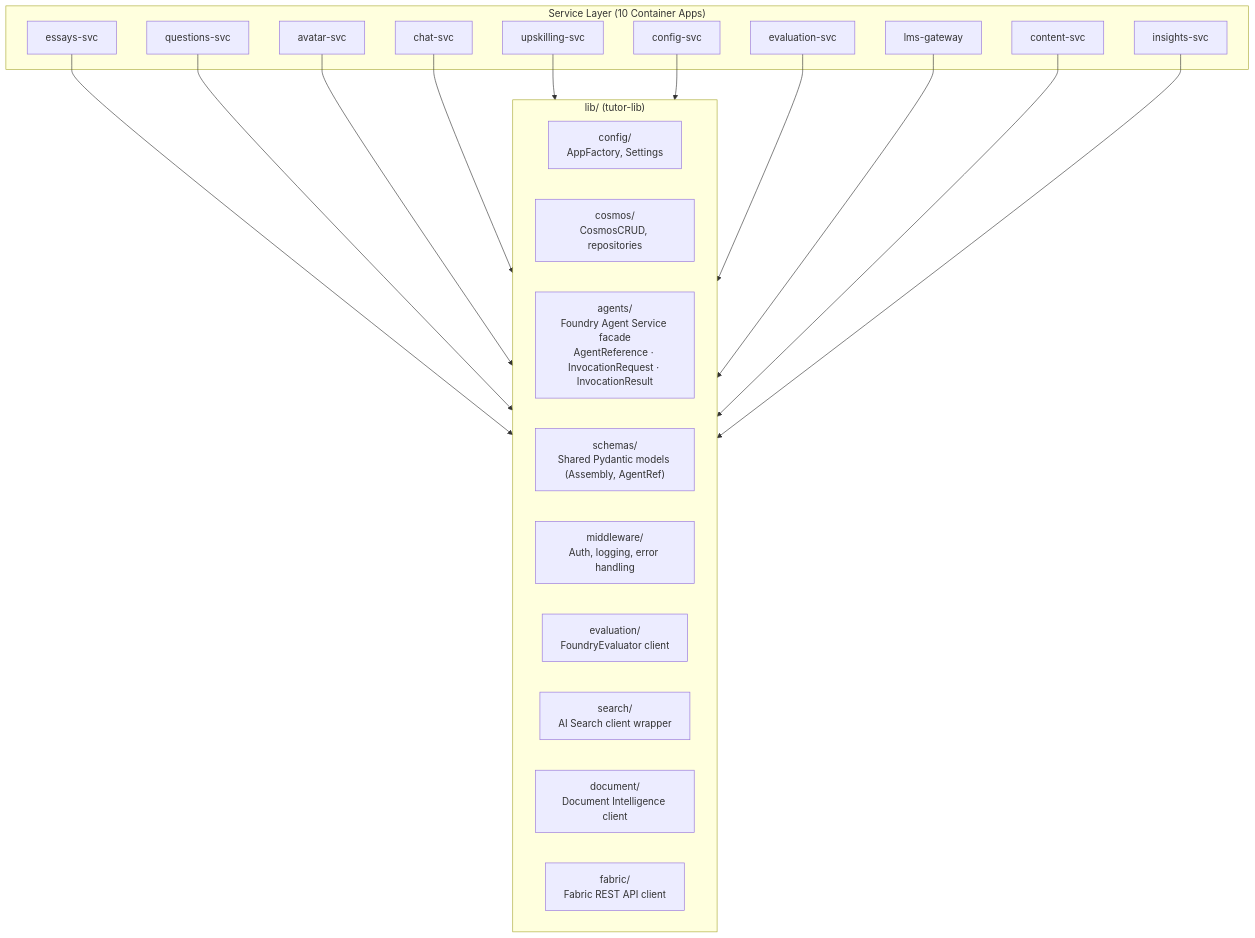
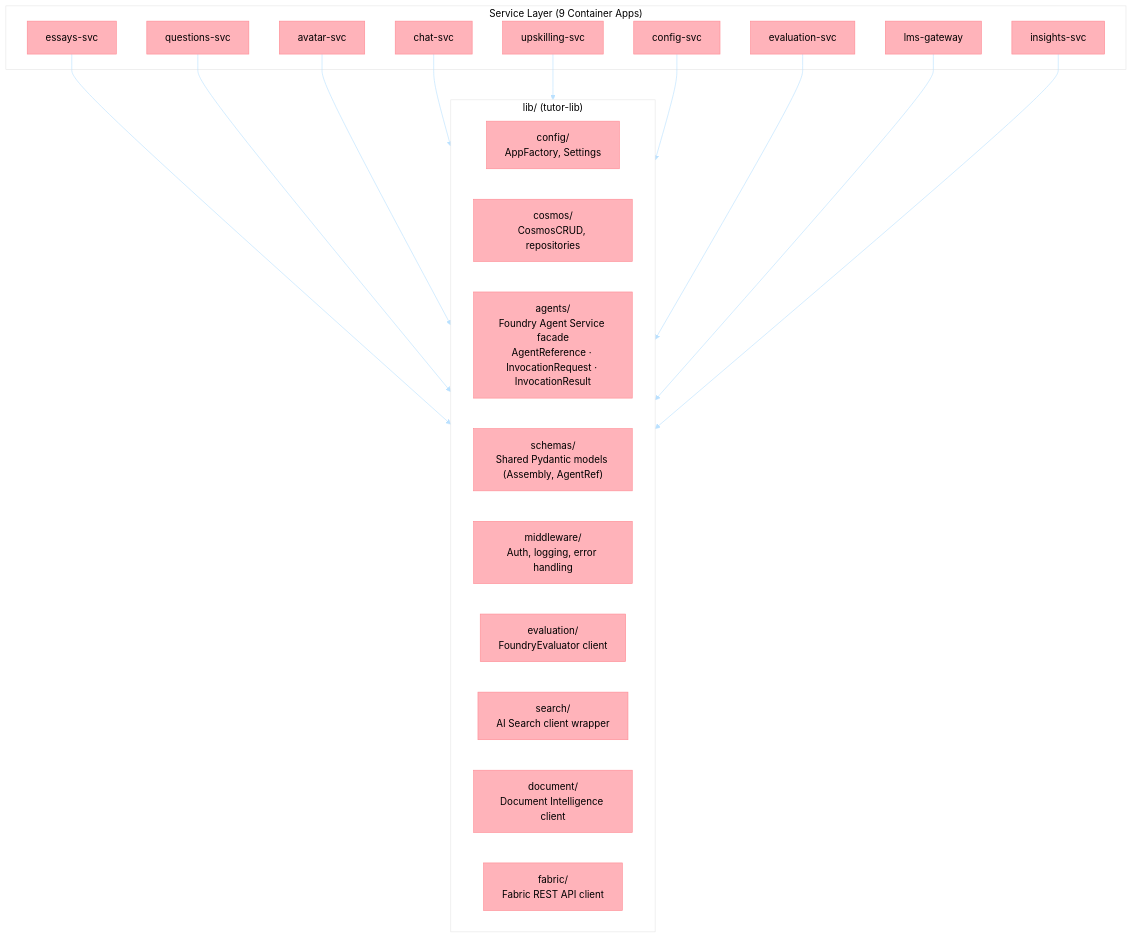
One commit to Azure-Samples/tutor changed diagram 14 of 26 in docs/architecture.md. Above: the diagram before and after it, drawn with Mermaid. The commit also changed other lines of this file and 41 other files, not shown here.

Commit message:
docs: consolidate current architecture decisions

````diff
--- a/docs/architecture.md
+++ b/docs/architecture.md
@@ -599,38 +688,44 @@
 ```mermaid
+%%{init: {'theme':'base', 'themeVariables': {
+  'primaryColor':'#FFB3BA',
+  'primaryTextColor':'#000',
+  'primaryBorderColor':'#FF8B94',
+  'lineColor':'#BAE1FF',
+  'secondaryColor':'#BAE1FF',
+  'tertiaryColor':'#FFFFFF'
+}}}%%
 graph TB
     subgraph lib["lib/ (tutor-lib)"]
         CONFIG["config/\nAppFactory, Settings"]
         COSMOS_MOD["cosmos/\nCosmosCRUD, repositories"]
         AGENTS["agents/\nFoundry Agent Service facade\nAgentReference · InvocationRequest · InvocationResult"]
         SCHEMAS["schemas/\nShared Pydantic models (Assembly, AgentRef)"]
         MIDDLEWARE["middleware/\nAuth, logging, error handling"]
         EVAL["evaluation/\nFoundryEvaluator client"]
         SEARCH["search/\nAI Search client wrapper"]
         DOCINTEL["document/\nDocument Intelligence client"]
         FABRIC_CLIENT["fabric/\nFabric REST API client"]
     end
     
-    subgraph services["Service Layer (10 Container Apps)"]
+    subgraph services["Service Layer (9 Container Apps)"]
         ESSAYS_SVC["essays-svc"]
         QUESTIONS_SVC["questions-svc"]
         AVATAR_SVC["avatar-svc"]
         CHAT_SVC["chat-svc"]
         UPSKILLING_SVC["upskilling-svc"]
         CONFIG_SVC["config-svc"]
         EVAL_SVC["evaluation-svc"]
         LMS_GW_SVC["lms-gateway"]
-        CONTENT_SVC["content-svc"]
         INSIGHTS_SVC["insights-svc"]
     end
     
     ESSAYS_SVC --> lib
     QUESTIONS_SVC --> lib
     AVATAR_SVC --> lib
     CHAT_SVC --> lib
     UPSKILLING_SVC --> lib
     CONFIG_SVC --> lib
     EVAL_SVC --> lib
     LMS_GW_SVC --> lib
-    CONTENT_SVC --> lib
     INSIGHTS_SVC --> lib
 ```
````
